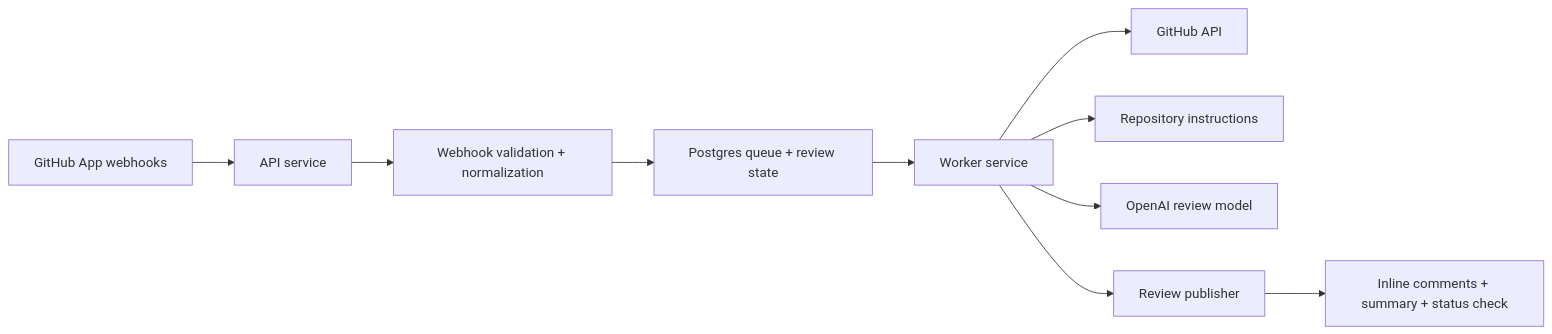
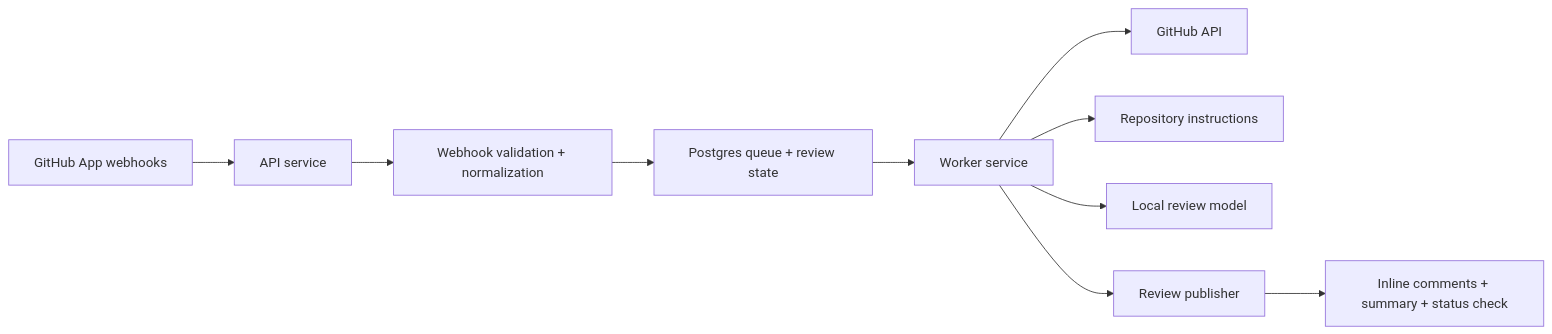
Before and after one commit to rubenspessoa/nitpickr: the diagram in README.md, drawn with Mermaid. The commit also changed other lines of this file and 92 other files, not shown here.

````diff
--- a/README.md
+++ b/README.md
@@ -53,12 +54,12 @@
 ```mermaid
 flowchart LR
     A["GitHub App webhooks"] --> B["API service"]
     B --> C["Webhook validation + normalization"]
     C --> D["Postgres queue + review state"]
     D --> E["Worker service"]
     E --> F["GitHub API"]
     E --> G["Repository instructions"]
-    E --> H["OpenAI review model"]
+    E --> H["Local review model"]
     E --> I["Review publisher"]
     I --> J["Inline comments + summary + status check"]
 ```
````
